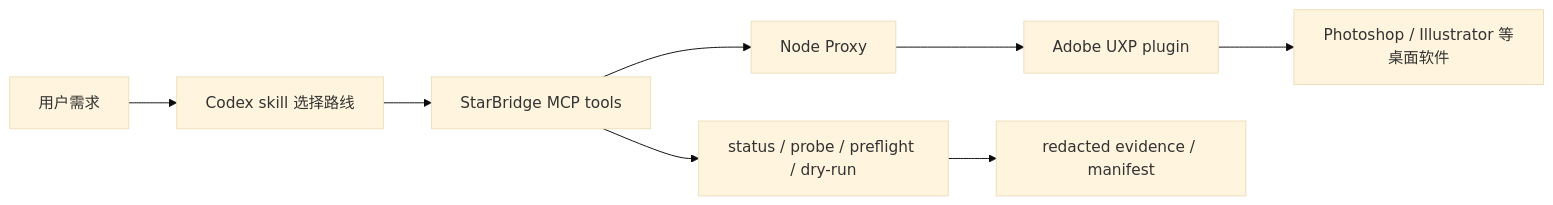
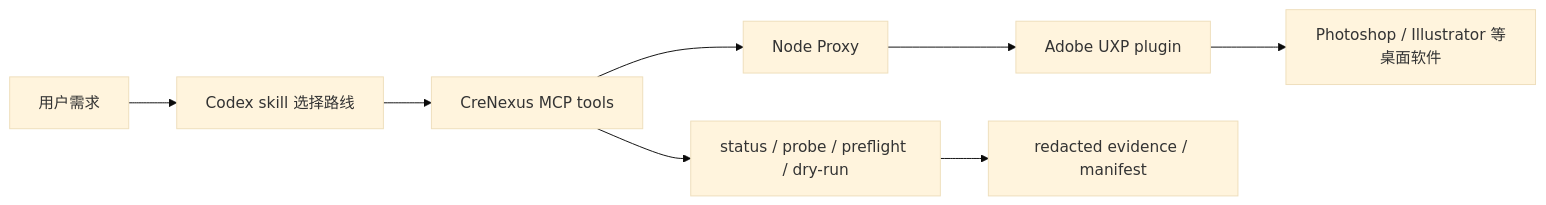
One commit to jianbaorui07-dot/KORYAO-basic changed the diagram in docs/skill-mcp-uxp-positioning.md. Above: the diagram before and after it, drawn with Mermaid (base theme). The commit also changed 279 other files, not shown here.

Commit message:
Rebrand product as CreNexus

````diff
--- a/docs/skill-mcp-uxp-positioning.md
+++ b/docs/skill-mcp-uxp-positioning.md
@@ -23,10 +23,10 @@
 ```mermaid
 flowchart LR
   User["用户需求"] --> Skill["Codex skill 选择路线"]
-  Skill --> MCP["StarBridge MCP tools"]
+  Skill --> MCP["CreNexus MCP tools"]
   MCP --> Probe["status / probe / preflight / dry-run"]
   MCP --> Proxy["Node Proxy"]
   Proxy --> UXP["Adobe UXP plugin"]
   UXP --> App["Photoshop / Illustrator 等桌面软件"]
   Probe --> Evidence["redacted evidence / manifest"]
 ```
````
